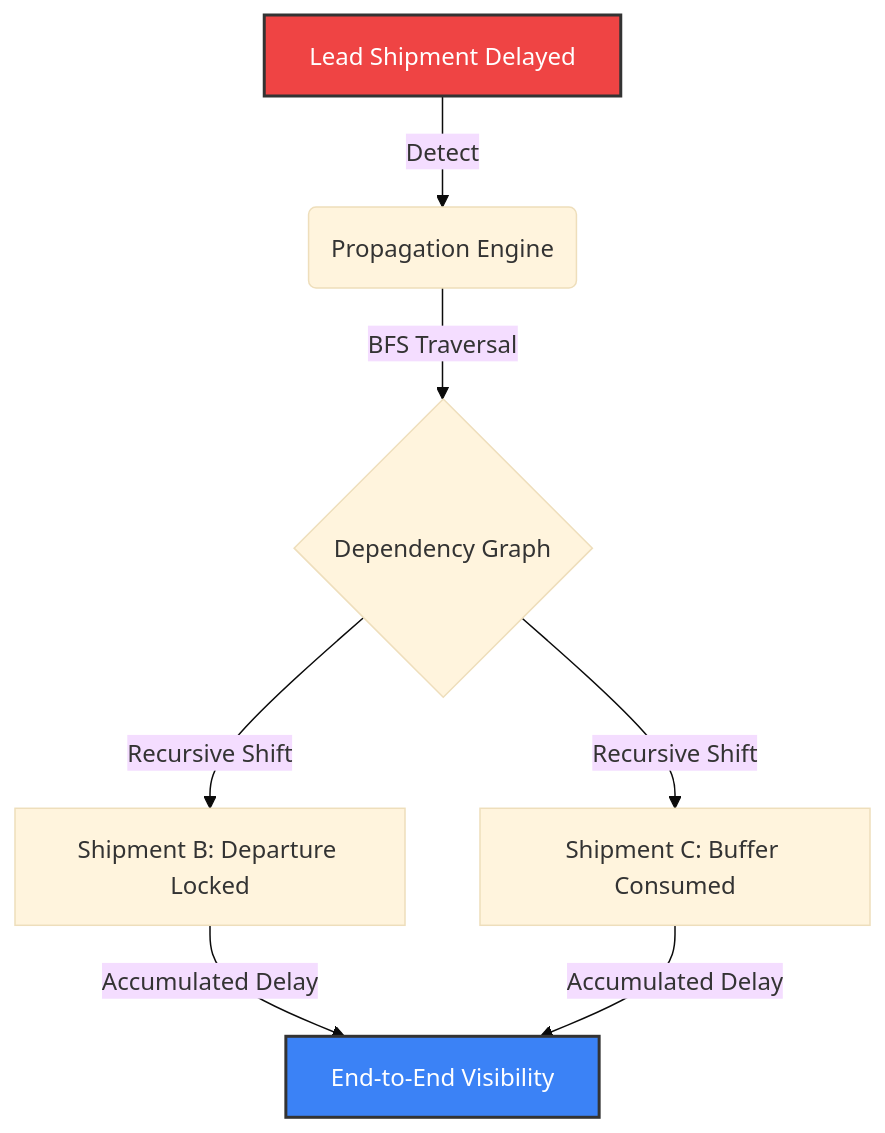
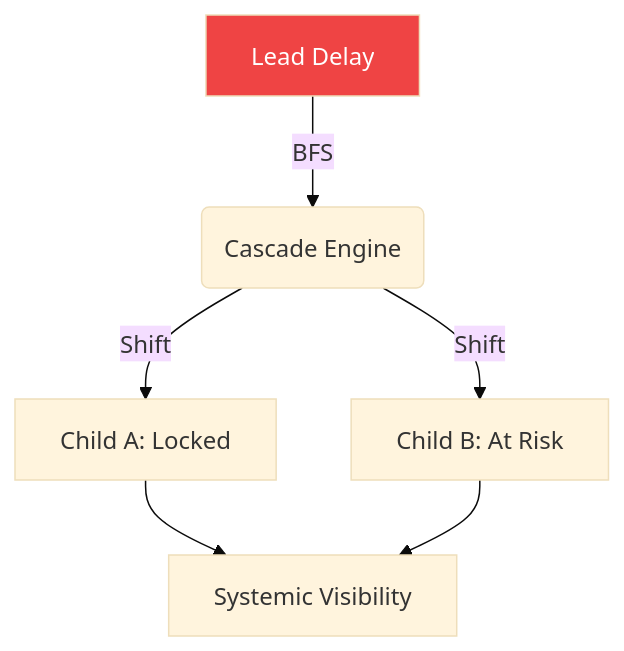
One commit to VeerTheSani/Smart-Supply-Chain-Intelligence-Platform changed the first of 2 diagrams in README.md. Above: the diagram before and after it, drawn with Mermaid (base theme). The commit also changed other lines of this file, not shown here.

````diff
--- a/README.md
+++ b/README.md
@@ -173,11 +71,8 @@
 ```mermaid
 graph TD
-    A[Lead Shipment Delayed] -->|Detect| B(Propagation Engine)
-    B -->|BFS Traversal| C{Dependency Graph}
-    C -->|Recursive Shift| D[Shipment B: Departure Locked]
-    C -->|Recursive Shift| E[Shipment C: Buffer Consumed]
-    D -->|Accumulated Delay| F[End-to-End Visibility]
-    E -->|Accumulated Delay| F
-    style A fill:#ef4444,stroke:#333,stroke-width:2px,color:#fff
-    style F fill:#3b82f6,stroke:#333,stroke-width:2px,color:#fff
+    A[Lead Delay] -->|BFS| B(Cascade Engine)
+    B -->|Shift| C[Child A: Locked]
+    B -->|Shift| D[Child B: At Risk]
+    C & D --> E[Systemic Visibility]
+    style A fill:#ef4444,color:#fff
 ```
````
